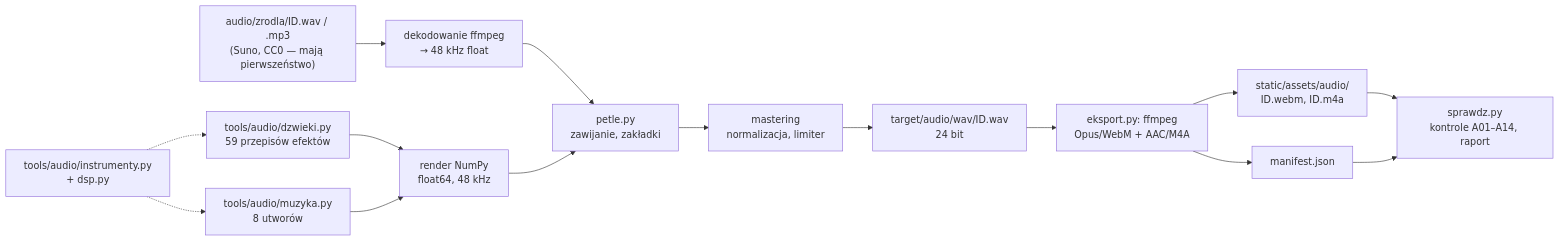
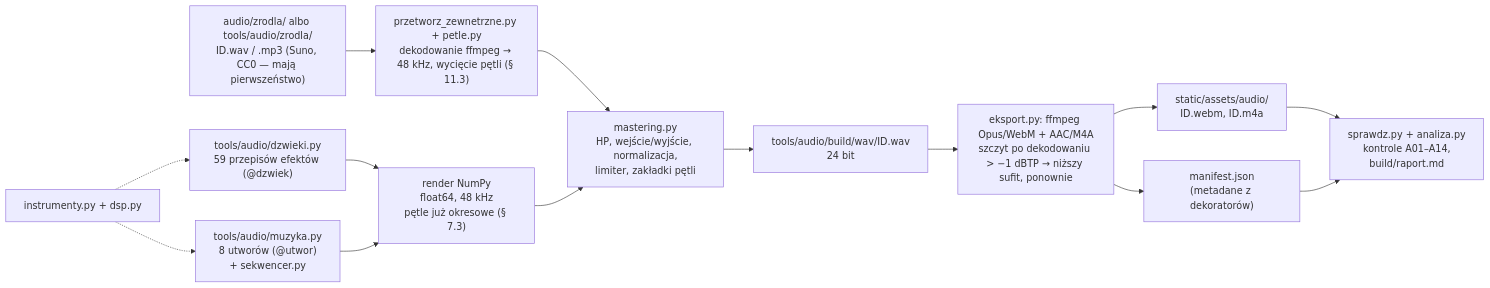
One commit to CasinoPlayer/Symulator-Kasyna changed the fourth of 4 diagrams in docs/projekt/05-dzwiek-i-muzyka.md. Above: the diagram before and after it, drawn with Mermaid. The commit also changed other lines of this file and 1 other file, not shown here.

First line of the commit message:
Dźwięk i muzyka po recenzji + ujednolicenie z efektami (E07)

````diff
--- a/docs/projekt/05-dzwiek-i-muzyka.md
+++ b/docs/projekt/05-dzwiek-i-muzyka.md
@@ -1722,17 +1753,16 @@
 ```mermaid
 flowchart LR
-  P["tools/audio/dzwieki.py<br/>59 przepisów efektów"] --> R["render NumPy<br/>float64, 48 kHz"]
-  M["tools/audio/muzyka.py<br/>8 utworów"] --> R
-  I["tools/audio/instrumenty.py<br/>+ dsp.py"] -.-> P
+  P["tools/audio/dzwieki.py<br/>59 przepisów efektów (@dzwiek)"] --> R["render NumPy<br/>float64, 48 kHz<br/>pętle już okresowe (§ 7.3)"]
+  M["tools/audio/muzyka.py<br/>8 utworów (@utwor)<br/>+ sekwencer.py"] --> R
+  I["instrumenty.py + dsp.py"] -.-> P
   I -.-> M
-  Z["audio/zrodla/ID.wav / .mp3<br/>(Suno, CC0 — mają pierwszeństwo)"] --> D["dekodowanie ffmpeg<br/>→ 48 kHz float"]
-  D --> L
-  R --> L["petle.py<br/>zawijanie, zakładki"]
-  L --> N["mastering<br/>normalizacja, limiter"]
-  N --> W["target/audio/wav/ID.wav<br/>24 bit"]
-  W --> E["eksport.py: ffmpeg<br/>Opus/WebM + AAC/M4A"]
+  Z["audio/zrodla/ albo tools/audio/zrodla/<br/>ID.wav / .mp3 (Suno, CC0 — mają pierwszeństwo)"] --> D["przetworz_zewnetrzne.py + petle.py<br/>dekodowanie ffmpeg → 48 kHz, wycięcie pętli (§ 11.3)"]
+  D --> N
+  R --> N["mastering.py<br/>HP, wejście/wyjście, normalizacja,<br/>limiter, zakładki pętli"]
+  N --> W["tools/audio/build/wav/ID.wav<br/>24 bit"]
+  W --> E["eksport.py: ffmpeg Opus/WebM + AAC/M4A<br/>szczyt po dekodowaniu > −1 dBTP → niższy sufit, ponownie"]
   E --> A["static/assets/audio/<br/>ID.webm, ID.m4a"]
-  E --> J["manifest.json"]
-  A --> S["sprawdz.py<br/>kontrole A01–A14, raport"]
+  E --> J["manifest.json<br/>(metadane z dekoratorów)"]
+  A --> S["sprawdz.py + analiza.py<br/>kontrole A01–A14,<br/>build/raport.md"]
   J --> S
 ```
````
